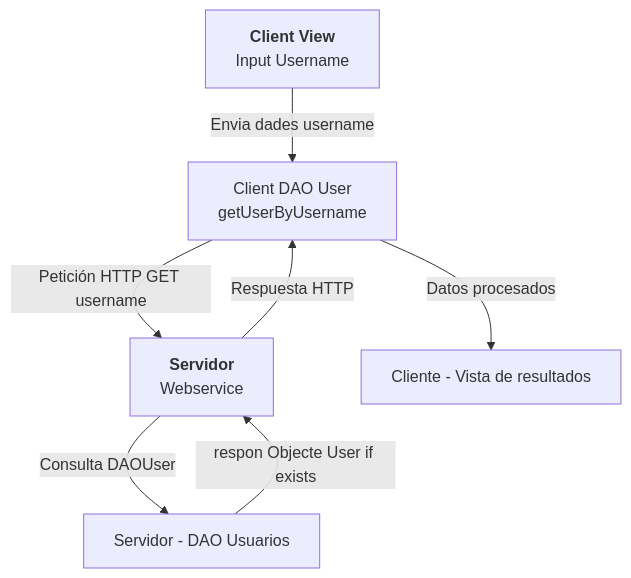
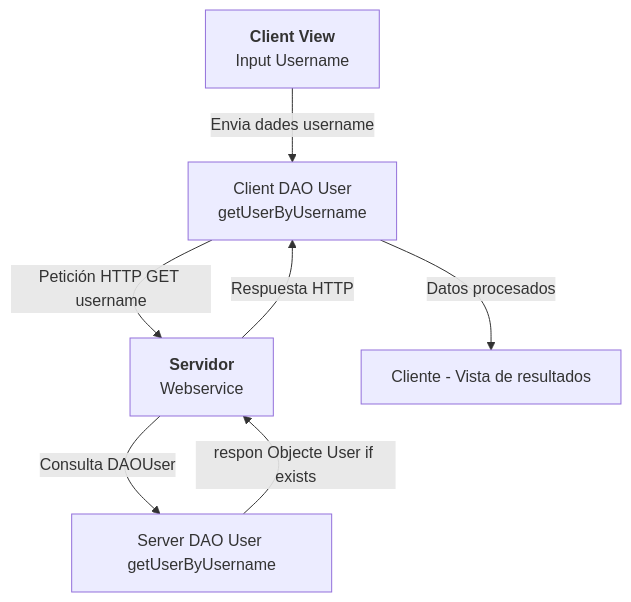
Before and after one commit to Josse71/tapatApp: the diagram in charts/diagramaPrototipo1.mermaid, drawn with Mermaid.

```diff
--- a/charts/diagramaPrototipo1.mermaid
+++ b/charts/diagramaPrototipo1.mermaid
@@ -1,7 +1,7 @@
 flowchart TD
     A[<b>Client View</b> <br> Input Username] -->|Envia dades username| B[Client DAO User<br> getUserByUsername]
     B -->|Petición HTTP GET username| C[<b>Servidor</b> <br> Webservice]
-    C -->|Consulta DAOUser| D[Servidor - DAO Usuarios]
+    C -->|Consulta DAOUser| D[Server DAO User getUserByUsername]
     D -->|respon Objecte User if exists| C
     C -->|Respuesta HTTP| B
     B -->|Datos procesados| F[Cliente - Vista de resultados]
```
